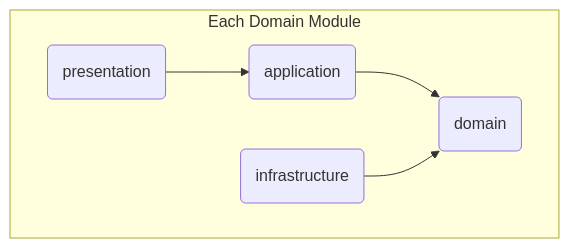
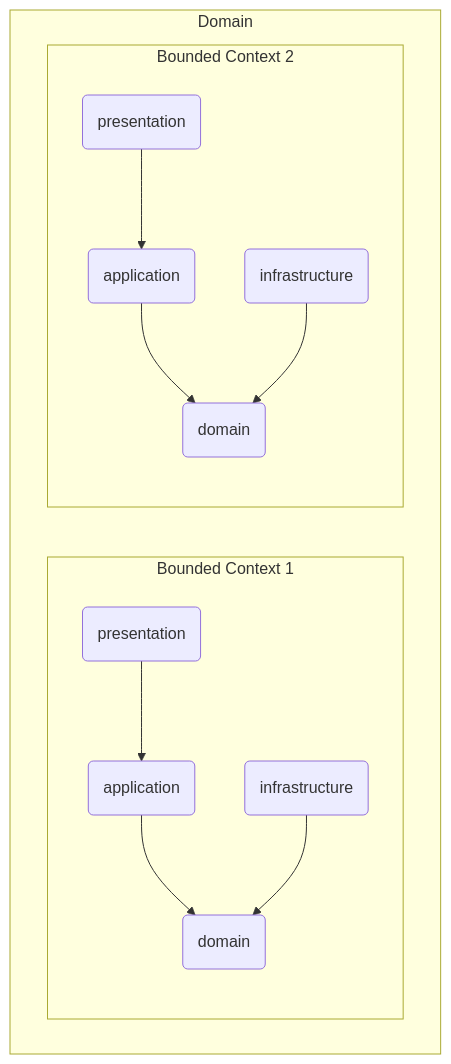
One commit to Turnin-Dev/turnin-server changed the first of 3 diagrams in README.md. Above: the diagram before and after it, drawn with Mermaid. The commit also changed other lines of this file, not shown here.

Commit message:
docs: README.md 업데이트

````diff
--- a/README.md
+++ b/README.md
@@ -109,8 +110,15 @@
 ```mermaid
 flowchart TD
-    subgraph Each Domain Module
-        p(presentation) --> a(application)
-        a --> d(domain)
-        i(infrastructure) --> d
+    subgraph Domain
+        subgraph Bounded Context 1
+            p(presentation) --> a(application)
+            a --> d(domain)
+            i(infrastructure) --> d
+        end
+        subgraph Bounded Context 2
+            p2(presentation) --> a2(application)
+            a2 --> d2(domain)
+            i2(infrastructure) --> d2
+        end
     end
 ```
````
